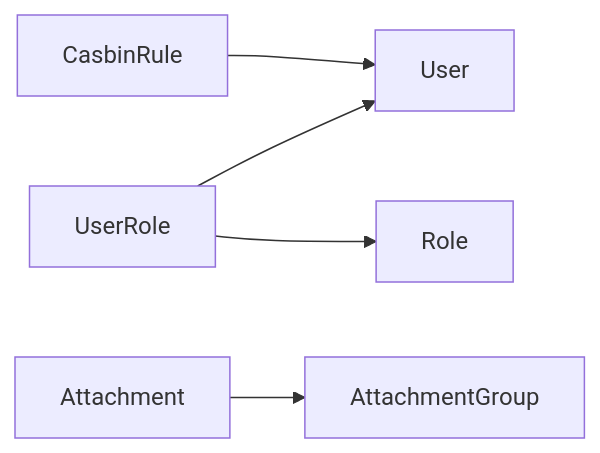
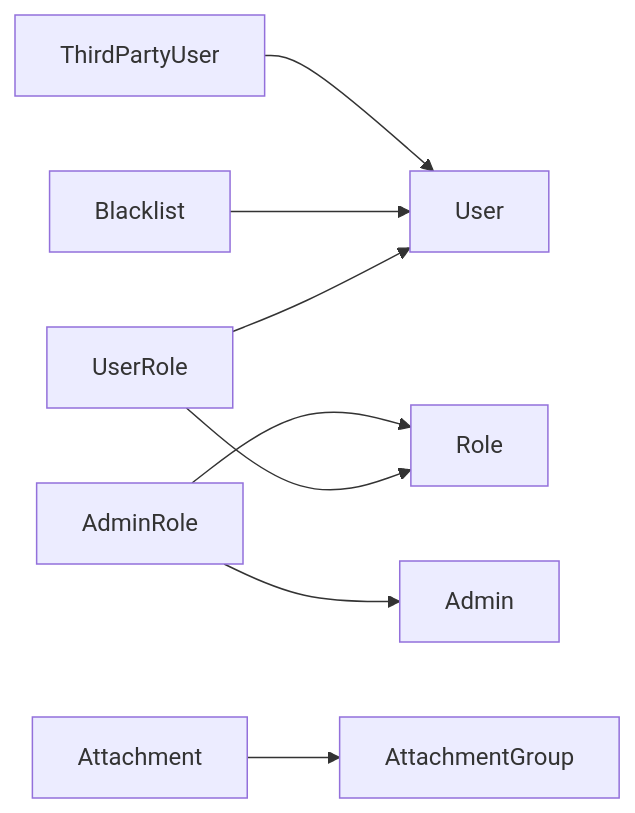
Before and after one commit to wuwuseo/e-sports-go-admin: diagram 13 of 13 in .qoder/repowiki/zh/content/数据库设计/实体关系设计.md, drawn with Mermaid. The commit also changed other lines of this file and 42 other files, not shown here.

````diff
--- a/.qoder/repowiki/zh/content/数据库设计/实体关系设计.md
+++ b/.qoder/repowiki/zh/content/数据库设计/实体关系设计.md
@@ -516,7 +892,10 @@
 ```mermaid
 graph LR
 UR["UserRole"] --> U["User"]
 UR --> R["Role"]
-A["Attachment"] --> AG["AttachmentGroup"]
-CR["CasbinRule"] --> U
+AR["AdminRole"] --> A["Admin"]
+AR --> R
+AT["Attachment"] --> AG["AttachmentGroup"]
+BL["Blacklist"] --> U
+TP["ThirdPartyUser"] --> U
 ```
````
